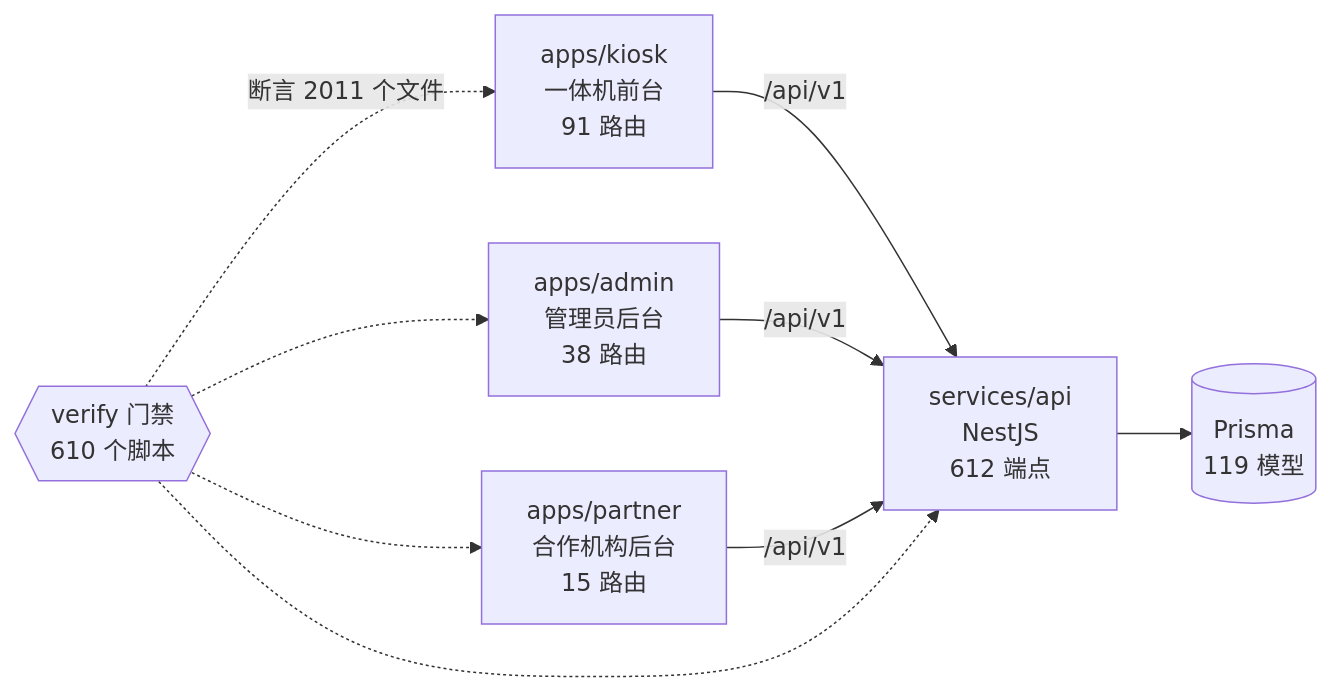
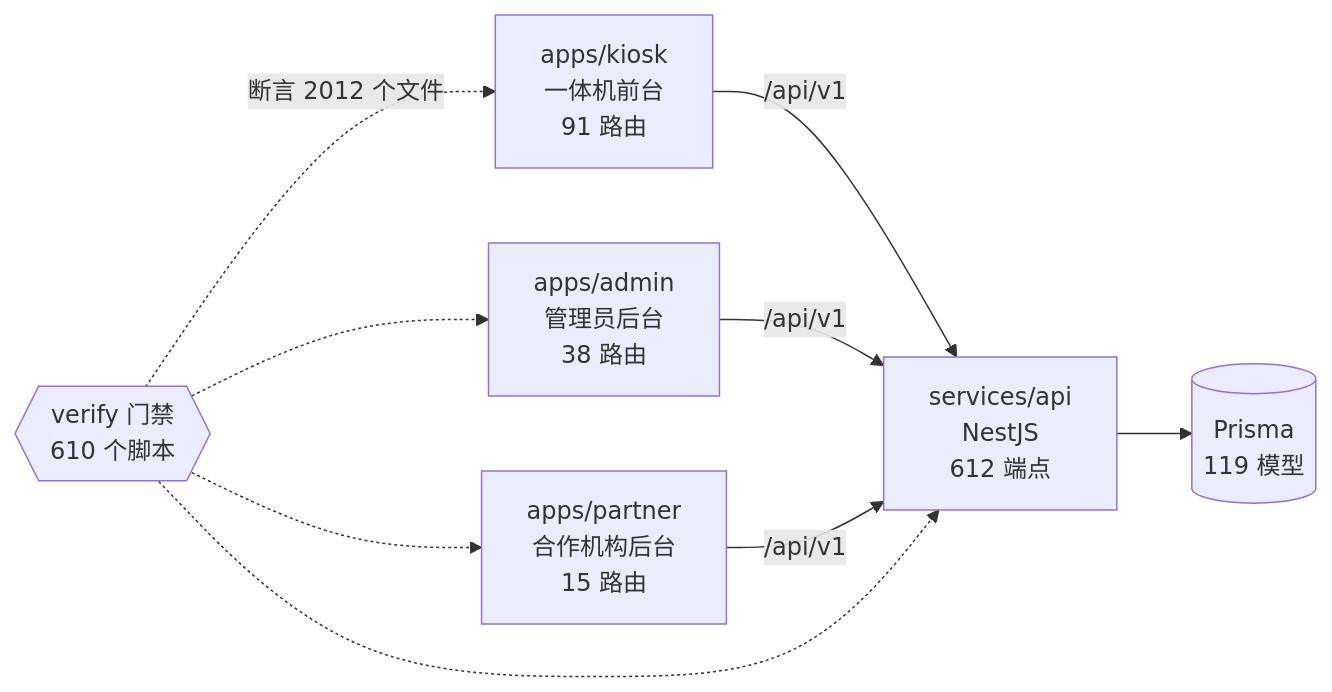
One commit to wanglei581/YITIJI changed the diagram in docs/graph/README.md. Above: the diagram before and after it, drawn with Mermaid. The commit also changed other lines of this file and 22 other files, not shown here.

````diff
--- a/docs/graph/README.md
+++ b/docs/graph/README.md
@@ -68,18 +68,18 @@
 ```mermaid
 flowchart LR
   kiosk["apps/kiosk<br/>一体机前台<br/>91 路由"]
   admin["apps/admin<br/>管理员后台<br/>38 路由"]
   partner["apps/partner<br/>合作机构后台<br/>15 路由"]
   api["services/api<br/>NestJS<br/>612 端点"]
   db[("Prisma<br/>119 模型")]
   gates{{"verify 门禁<br/>610 个脚本"}}
 
   kiosk -->|"/api/v1"| api
   admin -->|"/api/v1"| api
   partner -->|"/api/v1"| api
   api --> db
-  gates -.->|"断言 2011 个文件"| kiosk
+  gates -.->|"断言 2012 个文件"| kiosk
   gates -.-> admin
   gates -.-> partner
   gates -.-> api
 ```
````
